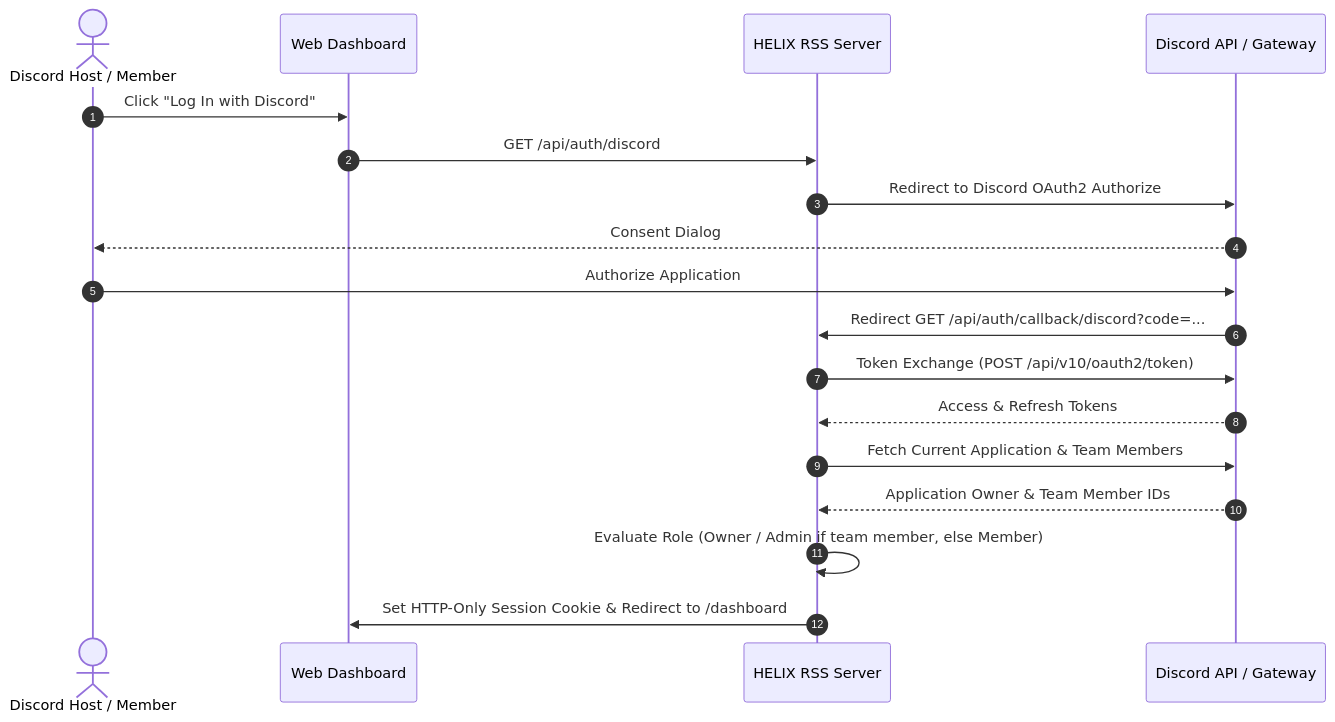
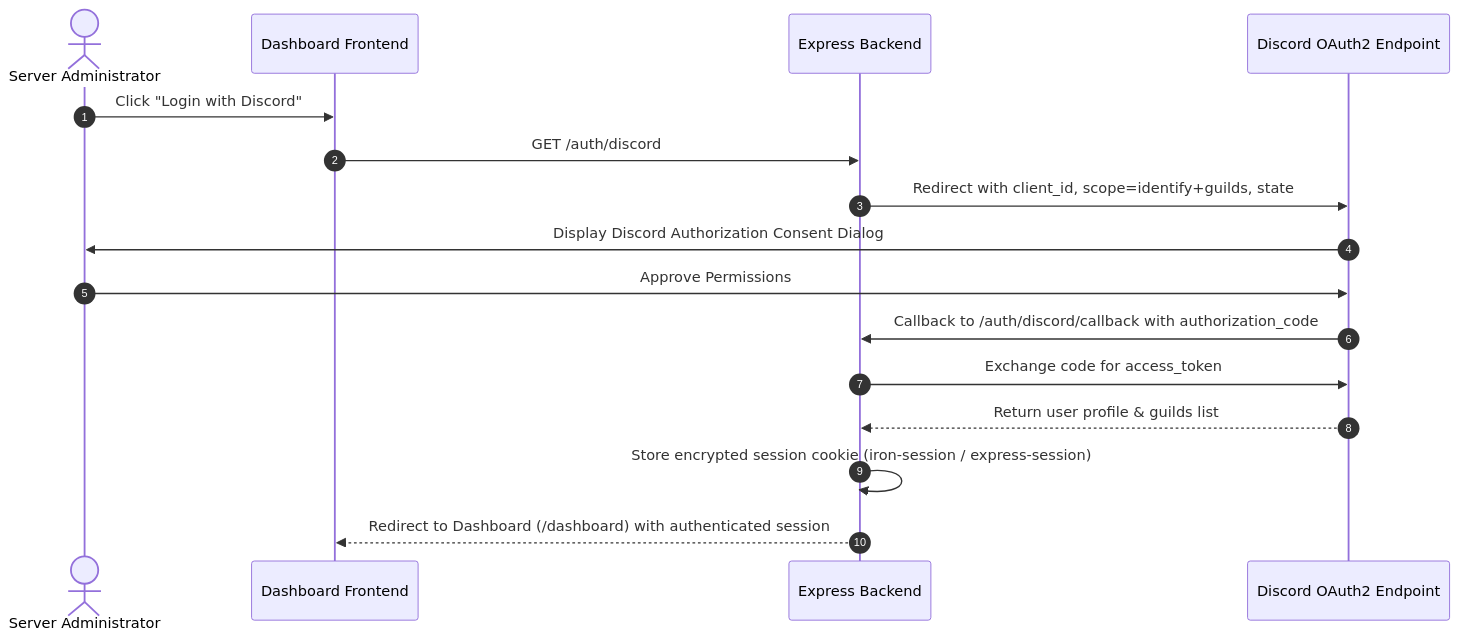
One commit to HELIX-Origin/Discord-RSS changed the diagram in wiki/Integrations-and-Security.md. Above: the diagram before and after it, drawn with Mermaid. The commit also changed other lines of this file and 15 other files, not shown here.

````diff
--- a/wiki/Integrations-and-Security.md
+++ b/wiki/Integrations-and-Security.md
@@ -5,21 +9,19 @@
 ```mermaid
 sequenceDiagram
     autonumber
-    actor User as Discord Host / Member
-    participant Browser as Web Dashboard
-    participant Server as HELIX RSS Server
-    participant Discord as Discord API / Gateway
+    actor User as Server Administrator
+    participant UI as Dashboard Frontend
+    participant App as Express Backend
+    participant Discord as Discord OAuth2 Endpoint
 
-    User->>Browser: Click "Log In with Discord"
-    Browser->>Server: GET /api/auth/discord
-    Server->>Discord: Redirect to Discord OAuth2 Authorize
-    Discord-->>User: Consent Dialog
-    User->>Discord: Authorize Application
-    Discord->>Server: Redirect GET /api/auth/callback/discord?code=...
-    Server->>Discord: Token Exchange (POST /api/v10/oauth2/token)
-    Discord-->>Server: Access & Refresh Tokens
-    Server->>Discord: Fetch Current Application & Team Members
-    Discord-->>Server: Application Owner & Team Member IDs
-    Server->>Server: Evaluate Role (Owner / Admin if team member, else Member)
-    Server->>Browser: Set HTTP-Only Session Cookie & Redirect to /dashboard
+    User->>UI: Click "Login with Discord"
+    UI->>App: GET /auth/discord
+    App->>Discord: Redirect with client_id, scope=identify+guilds, state
+    Discord->>User: Display Discord Authorization Consent Dialog
+    User->>Discord: Approve Permissions
+    Discord->>App: Callback to /auth/discord/callback with authorization_code
+    App->>Discord: Exchange code for access_token
+    Discord-->>App: Return user profile & guilds list
+    App->>App: Store encrypted session cookie (iron-session / express-session)
+    App-->>UI: Redirect to Dashboard (/dashboard) with authenticated session
 ```
````
